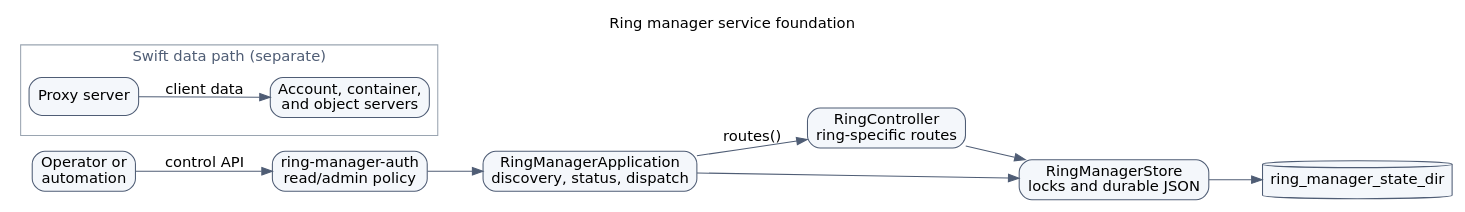
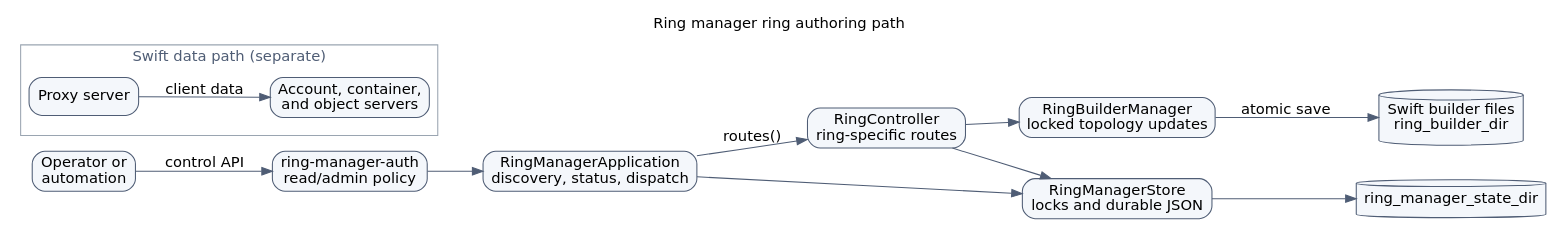
The diagram in doc/source/images/ring-manager-architecture.dot (matthewoliver/swift), drawn with Graphviz before and after one commit. The commit also changed 13 other files, not shown here.

First line of the commit message:
add builder backed ring management

```diff
--- a/doc/source/images/ring-manager-architecture.dot
+++ b/doc/source/images/ring-manager-architecture.dot
@@ -1,42 +1,47 @@
 digraph ring_manager_architecture {
     graph [
         bgcolor="white",
         fontname="DejaVu Sans",
-        label="Ring manager service foundation",
+        label="Ring manager ring authoring path",
         labelloc="t",
         nodesep="0.45",
         rankdir="LR",
         ranksep="0.7"
     ];
     node [
         color="#4f5d75",
         fillcolor="#f4f7fb",
         fontname="DejaVu Sans",
         shape="box",
         style="rounded,filled"
     ];
     edge [color="#4f5d75", fontname="DejaVu Sans"];
 
     operator [label="Operator or\nautomation"];
     auth [label="ring-manager-auth\nread/admin policy"];
     app [label="RingManagerApplication\ndiscovery, status, dispatch"];
     controller [label="RingController\nring-specific routes"];
+    builder_manager [label="RingBuilderManager\nlocked topology updates"];
     store [label="RingManagerStore\nlocks and durable JSON"];
     state [label="ring_manager_state_dir", shape="cylinder"];
+    builders [label="Swift builder files\nring_builder_dir",
+              shape="cylinder"];
 
     operator -> auth [label="control API"];
     auth -> app;
     app -> controller [label="routes()"];
     app -> store;
     controller -> store;
+    controller -> builder_manager;
+    builder_manager -> builders [label="atomic save"];
     store -> state;
 
     subgraph cluster_data_path {
         color="#9aa5b1";
         fontcolor="#4f5d75";
         label="Swift data path (separate)";
         proxy [label="Proxy server"];
         storage [label="Account, container,\nand object servers"];
         proxy -> storage [label="client data"];
     }
 }
```
